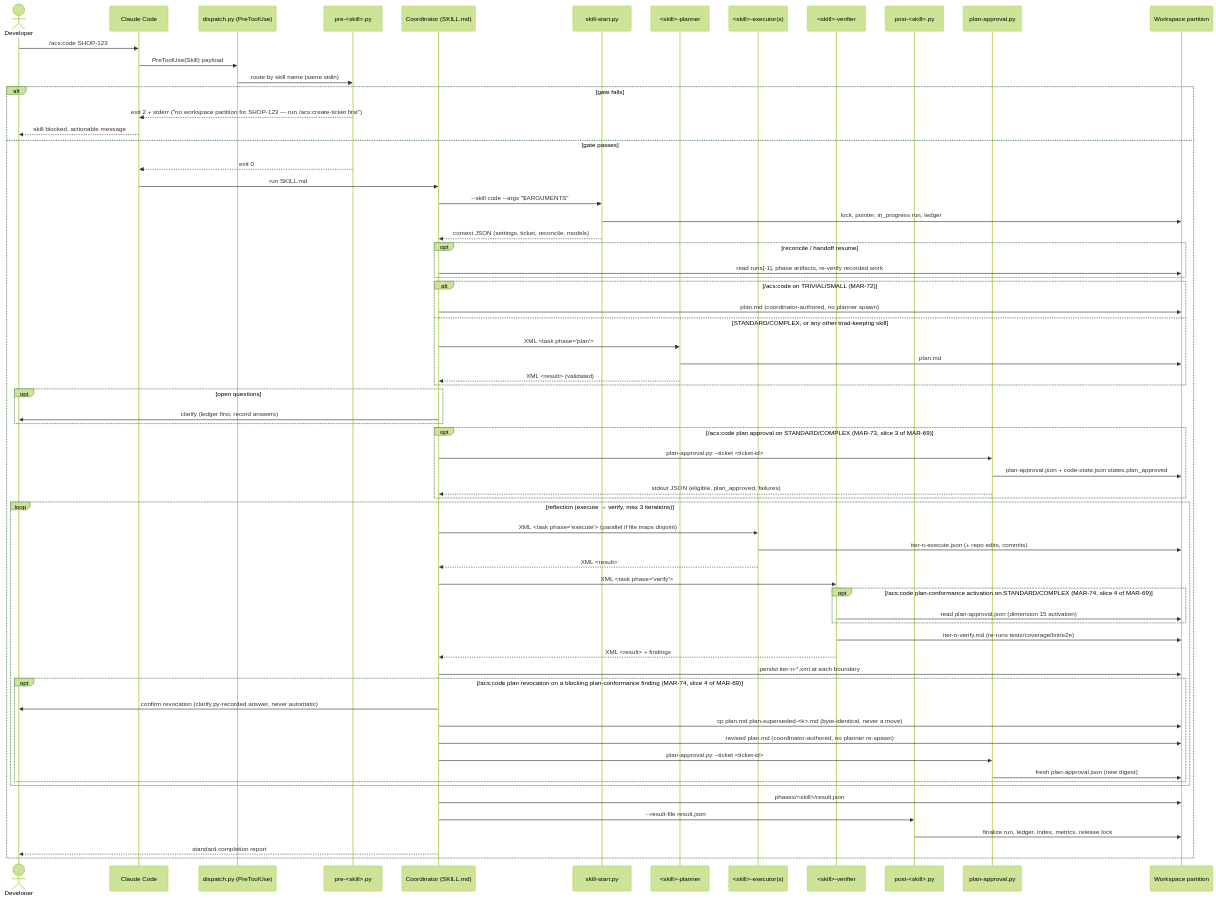
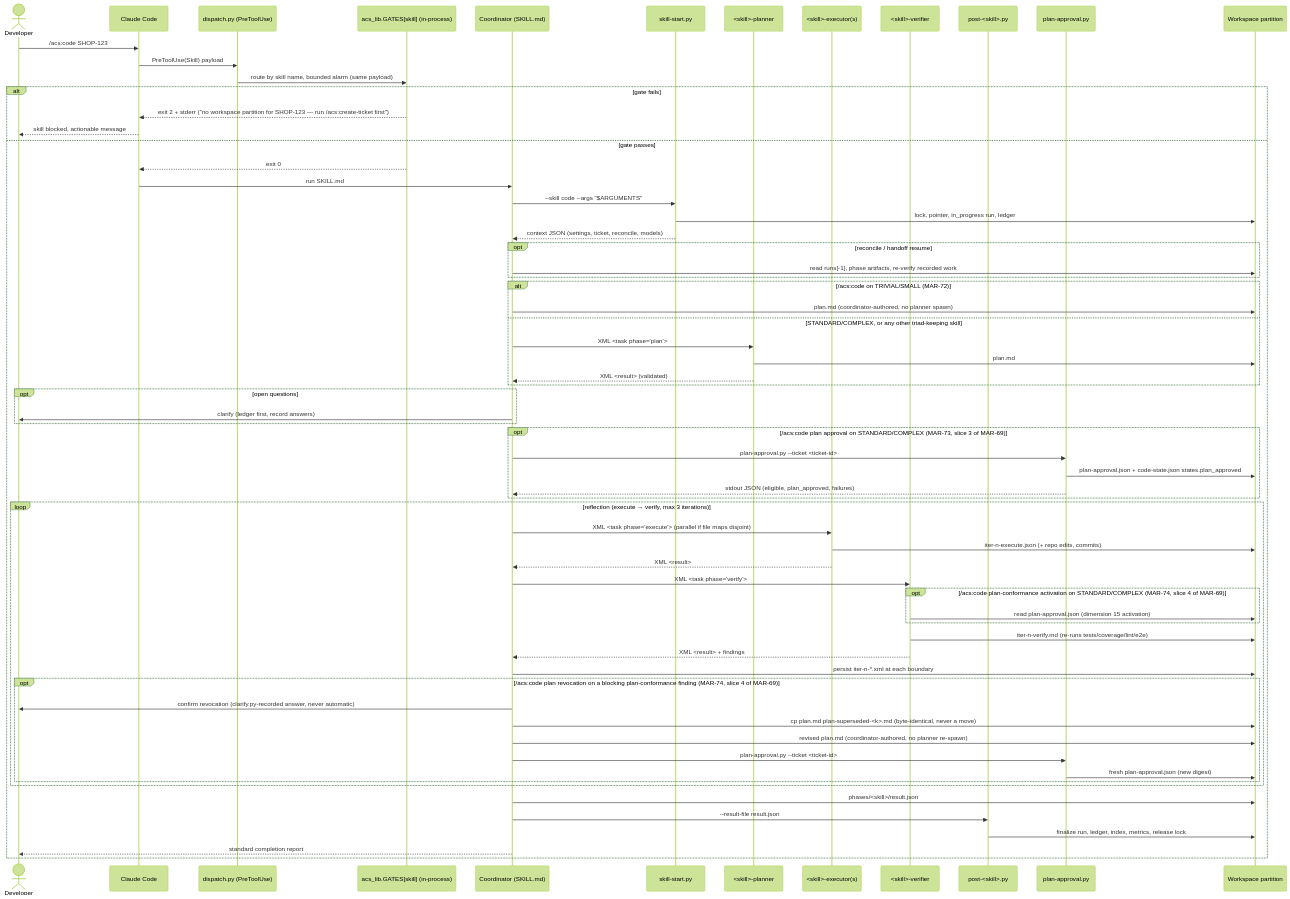
The diagram in docs/architecture/lld/flows/hook-gated-skill-run.md (globalmindsolution/gms-marketplace), drawn with Mermaid (forest theme) before and after one commit. The commit also changed 11 other files, not shown here.

````diff
--- a/docs/architecture/lld/flows/hook-gated-skill-run.md
+++ b/docs/architecture/lld/flows/hook-gated-skill-run.md
@@ -48,70 +48,70 @@
 ```mermaid
 sequenceDiagram
     actor Dev as Developer
     participant CC as Claude Code
     participant D as dispatch.py (PreToolUse)
-    participant PRE as pre-<skill>.py
+    participant PRE as acs_lib.GATES[skill] (in-process)
     participant CO as Coordinator (SKILL.md)
     participant SS as skill-start.py
     participant PL as <skill>-planner
     participant EX as <skill>-executor(s)
     participant VF as <skill>-verifier
     participant POST as post-<skill>.py
     participant PA as plan-approval.py
     participant WS as Workspace partition
 
     Dev->>CC: /acs:code SHOP-123
     CC->>D: PreToolUse(Skill) payload
-    D->>PRE: route by skill name (same stdin)
+    D->>PRE: route by skill name, bounded alarm (same payload)
     alt gate fails
         PRE-->>CC: exit 2 + stderr ("no workspace partition for SHOP-123 — run /acs:create-ticket first")
         CC-->>Dev: skill blocked, actionable message
     else gate passes
         PRE-->>CC: exit 0
         CC->>CO: run SKILL.md
         CO->>SS: --skill code --args "$ARGUMENTS"
         SS->>WS: lock, pointer, in_progress run, ledger
         SS-->>CO: context JSON (settings, ticket, reconcile, models)
         opt reconcile / handoff resume
             CO->>WS: read runs[-1], phase artifacts, re-verify recorded work
         end
         alt /acs:code on TRIVIAL/SMALL (MAR-72)
             CO->>WS: plan.md (coordinator-authored, no planner spawn)
         else STANDARD/COMPLEX, or any other triad-keeping skill
             CO->>PL: XML <task phase="plan">
             PL->>WS: plan.md
             PL-->>CO: XML <result> (validated)
         end
         opt open questions
             CO->>Dev: clarify (ledger first, record answers)
         end
         opt /acs:code plan approval on STANDARD/COMPLEX (MAR-73, slice 3 of MAR-69)
             CO->>PA: plan-approval.py --ticket <ticket-id>
             PA->>WS: plan-approval.json + code-state.json states.plan_approved
             PA-->>CO: stdout JSON (eligible, plan_approved, failures)
         end
         loop reflection (execute → verify, max 3 iterations)
             CO->>EX: XML <task phase="execute"> (parallel if file maps disjoint)
             EX->>WS: iter-n-execute.json (+ repo edits, commits)
             EX-->>CO: XML <result>
             CO->>VF: XML <task phase="verify">
             opt /acs:code plan-conformance activation on STANDARD/COMPLEX (MAR-74, slice 4 of MAR-69)
                 VF->>WS: read plan-approval.json (dimension 15 activation)
             end
             VF->>WS: iter-n-verify.md (re-runs tests/coverage/lint/e2e)
             VF-->>CO: XML <result> + findings
             CO->>WS: persist iter-n-*.xml at each boundary
             opt /acs:code plan revocation on a blocking plan-conformance finding (MAR-74, slice 4 of MAR-69)
                 CO->>Dev: confirm revocation (clarify.py-recorded answer, never automatic)
                 CO->>WS: cp plan.md plan-superseded-<k>.md (byte-identical, never a move)
                 CO->>WS: revised plan.md (coordinator-authored, no planner re-spawn)
                 CO->>PA: plan-approval.py --ticket <ticket-id>
                 PA->>WS: fresh plan-approval.json (new digest)
             end
         end
         CO->>WS: phases/<skill>/result.json
         CO->>POST: --result-file result.json
         POST->>WS: finalize run, ledger, index, metrics, release lock
         CO-->>Dev: standard completion report
     end
 ```
````
